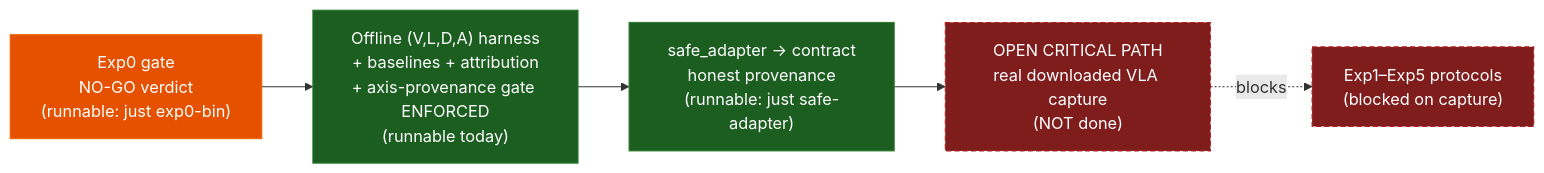
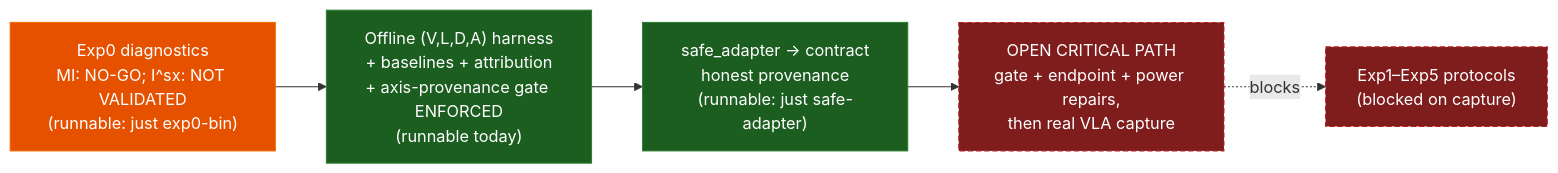
Before and after one commit to sepahead/prisoma: the diagram in README.md, drawn with Mermaid. The commit also changed other lines of this file and 20 other files, not shown here.

````diff
--- a/README.md
+++ b/README.md
@@ -63,17 +77,17 @@
 ```mermaid
 flowchart LR
     classDef run fill:#1b5e20,stroke:#2e7d32,color:#fff;
     classDef gate fill:#e65100,stroke:#ef6c00,color:#fff;
     classDef blocked fill:#7f1d1d,stroke:#b71c1c,color:#fff,stroke-dasharray:5 3;
 
-    Exp0["Exp0 gate<br/>NO-GO verdict<br/>(runnable: just exp0-bin)"]:::gate
+    Exp0["Exp0 diagnostics<br/>MI: NO-GO; I^sx: NOT VALIDATED<br/>(runnable: just exp0-bin)"]:::gate
     Harness["Offline (V,L,D,A) harness<br/>+ baselines + attribution<br/>+ axis-provenance gate ENFORCED<br/>(runnable today)"]:::run
     Adapter["safe_adapter → contract<br/>honest provenance<br/>(runnable: just safe-adapter)"]:::run
-    Capture["OPEN CRITICAL PATH<br/>real downloaded VLA capture<br/>(NOT done)"]:::blocked
+    Capture["OPEN CRITICAL PATH<br/>gate + endpoint + power repairs,<br/>then real VLA capture"]:::blocked
     Exps["Exp1–Exp5 protocols<br/>(blocked on capture)"]:::blocked
 
     Exp0 --> Harness
     Harness --> Adapter
     Adapter --> Capture
     Capture -. blocks .-> Exps
 ```
````
